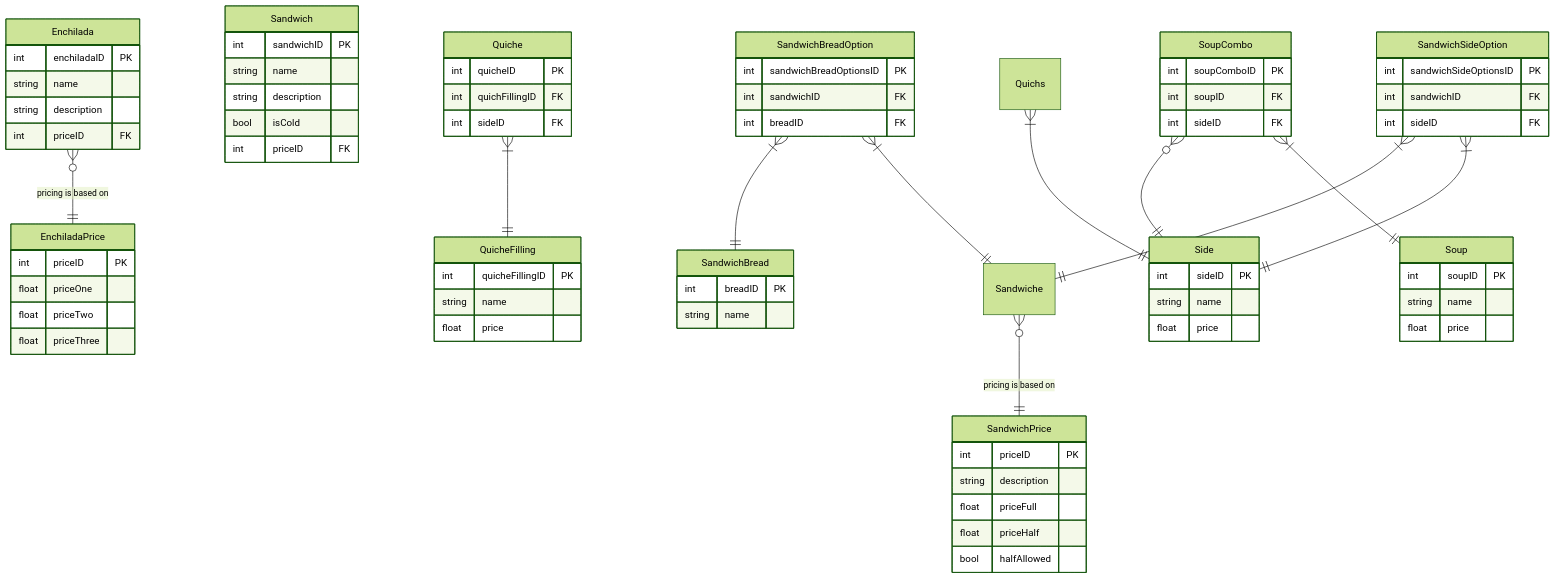
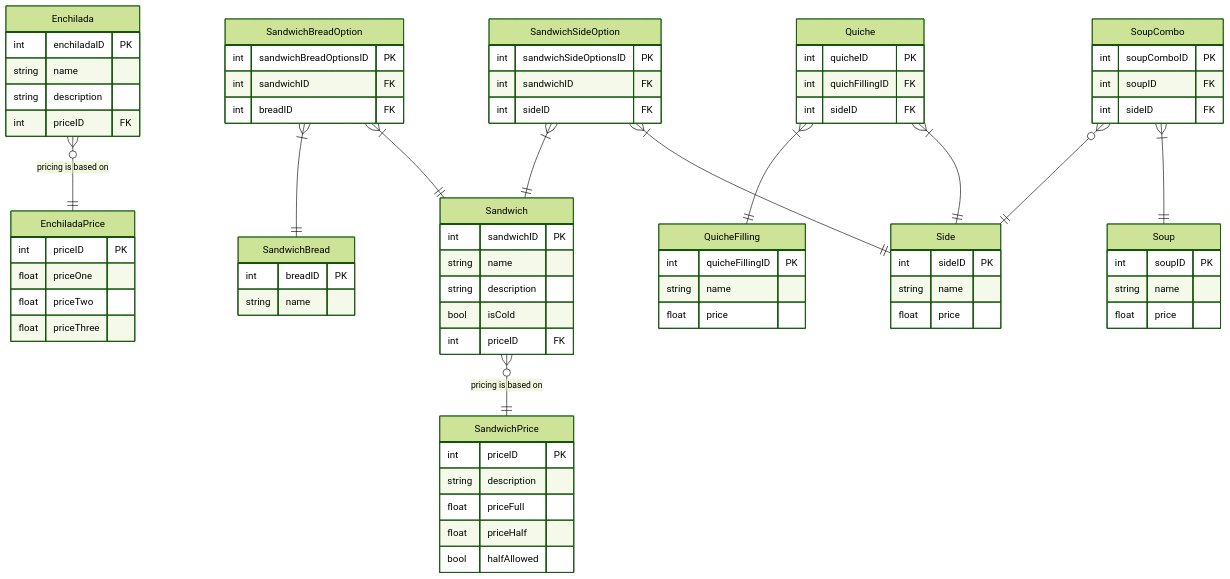
The diagram in readme-assets/databse-design-complex.md (cesarguerrero1/restaurant-api), drawn with Mermaid (forest theme) before and after one commit. The commit also changed 4 other files, not shown here.

````diff
--- a/readme-assets/databse-design-complex.md
+++ b/readme-assets/databse-design-complex.md
@@ -77,14 +77,14 @@
         float price
     }
     
-    Quichs }|--|| Side : ""
+    Quiche }|--|| Side : ""
     Quiche }|--|| QuicheFilling : ""
     SoupCombo }|--|| Soup : ""
     SoupCombo }o--|| Side : ""
     Enchilada }o--|| EnchiladaPrice : "pricing is based on"
-    Sandwiche }o--|| SandwichPrice : "pricing is based on"
-    SandwichBreadOption }|--|| Sandwiche : ""
+    Sandwich }o--|| SandwichPrice : "pricing is based on"
+    SandwichBreadOption }|--|| Sandwich : ""
     SandwichBreadOption }|--|| SandwichBread : ""
     SandwichSideOption }|--|| Side : ""
-    SandwichSideOption }|--|| Sandwiche : ""
+    SandwichSideOption }|--|| Sandwich : ""
 ```
````
